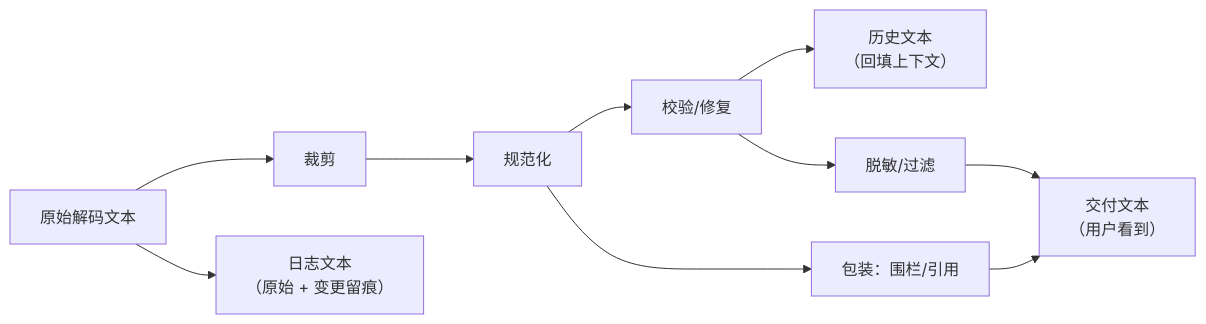
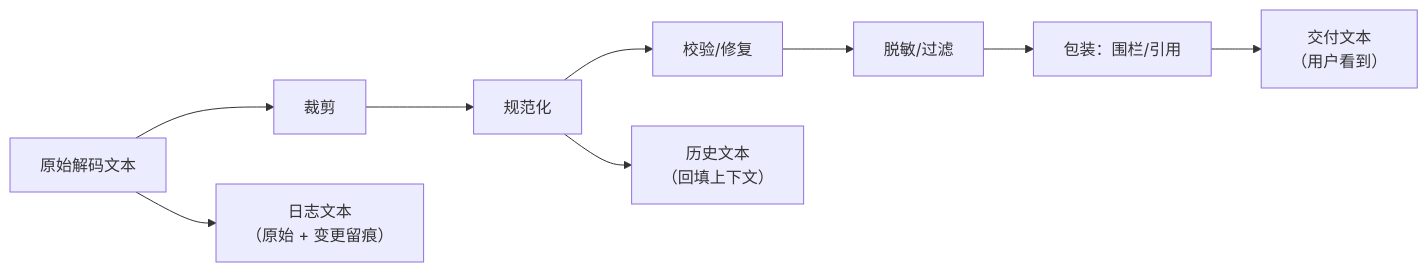
The second of 2 diagrams in docs/llm/dec-postprocess-pipeline.md (xhongduo-tech/xhongduo-tech.github.io), drawn with Mermaid before and after one commit. The commit also changed 3 other files, not shown here.

````diff
--- a/docs/llm/dec-postprocess-pipeline.md
+++ b/docs/llm/dec-postprocess-pipeline.md
@@ -60,10 +60,9 @@
 ```mermaid
 flowchart LR
   RAW["原始解码文本"] --> CUT["裁剪"]
   CUT --> NORM["规范化"]
   NORM --> VAL["校验/修复"]
-  VAL --> HIST["历史文本<br/>（回填上下文）"]
-  VAL --> SAFE["脱敏/过滤"] --> DELIV["交付文本<br/>（用户看到）"]
-  NORM --> WRAP["包装：围栏/引用"] --> DELIV
+  NORM --> HIST["历史文本<br/>（回填上下文）"]
+  VAL --> SAFE["脱敏/过滤"] --> WRAP["包装：围栏/引用"] --> DELIV["交付文本<br/>（用户看到）"]
   RAW --> LOG["日志文本<br/>（原始 + 变更留痕）"]
 ```
````
